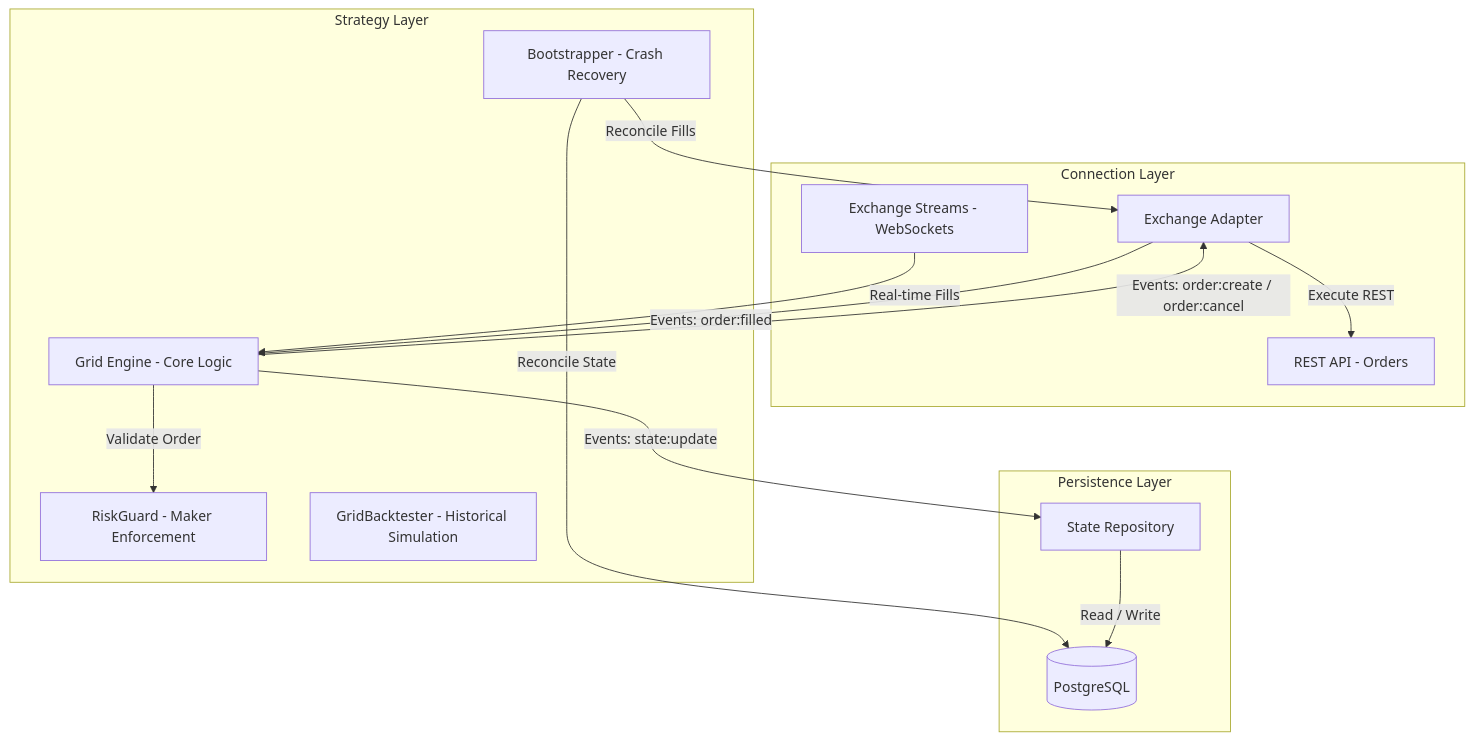
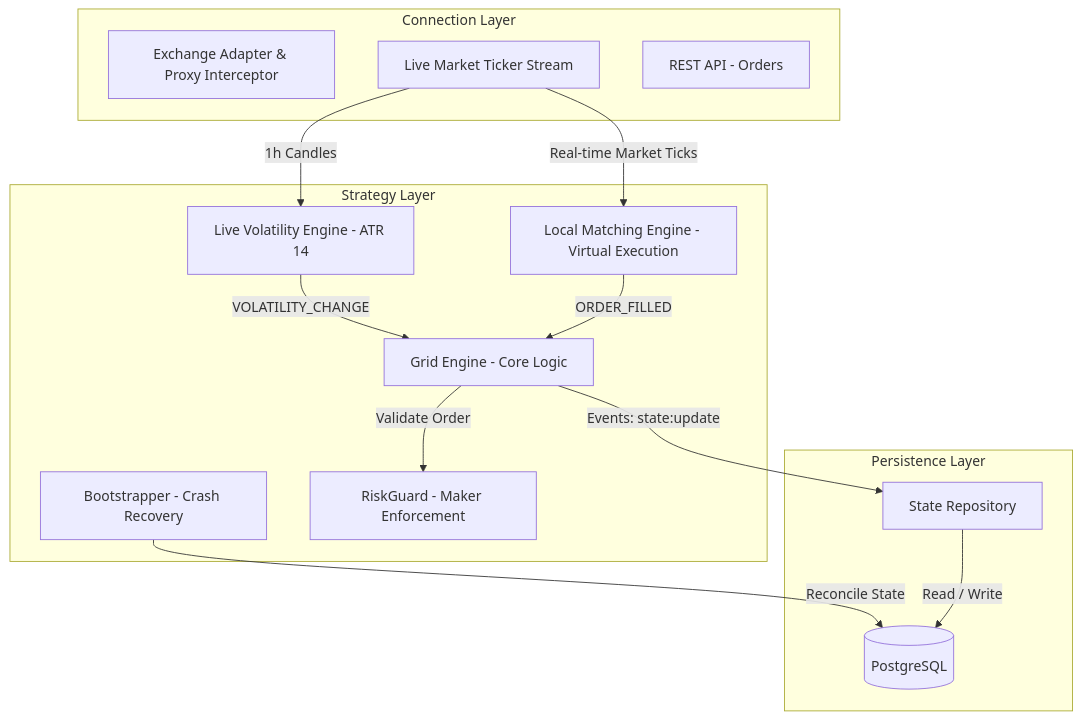
Before and after one commit to lancubal/grid_trading_bot: the diagram in README.md, drawn with Mermaid. The commit also changed other lines of this file and 3 other files, not shown here.

````diff
--- a/README.md
+++ b/README.md
@@ -40,30 +44,30 @@
 ```mermaid
 graph TD
     subgraph Connection Layer
-        EA[Exchange Adapter]
-        WS[Exchange Streams - WebSockets]
+        EA[Exchange Adapter & Proxy Interceptor]
+        WS[Live Market Ticker Stream]
         REST[REST API - Orders]
     end
 
     subgraph Strategy Layer
         GE[Grid Engine - Core Logic]
+        LVE[Live Volatility Engine - ATR 14]
+        LME[Local Matching Engine - Virtual Execution]
         BM[Bootstrapper - Crash Recovery]
         RG[RiskGuard - Maker Enforcement]
-        BT[GridBacktester - Historical Simulation]
     end
 
     subgraph Persistence Layer
         SM[State Repository]
         DB[(PostgreSQL)]
     end
 
-    WS -->|Real-time Fills| GE
-    EA -->|Events: order:filled| GE
+    WS -->|Real-time Market Ticks| LME
+    WS -->|1h Candles| LVE
+    LVE -->|VOLATILITY_CHANGE| GE
+    LME -->|ORDER_FILLED| GE
     GE -->|Validate Order| RG
     BM -->|Reconcile State| DB
-    BM -->|Reconcile Fills| EA
-    GE -->|Events: order:create / order:cancel| EA
     GE -->|Events: state:update| SM
     SM -->|Read / Write| DB
-    EA -->|Execute REST| REST
 ```
````
